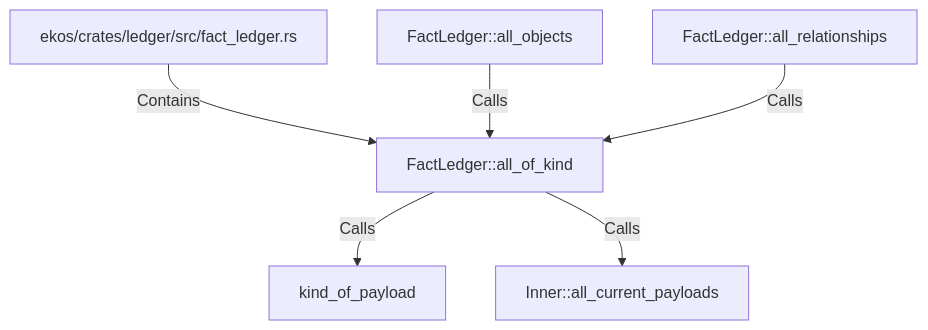
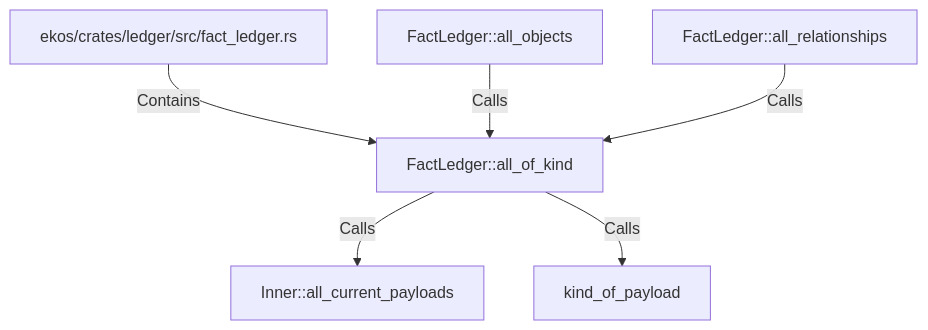
One commit to alexeyban/EKOS changed the diagram in doc/entities/rustsymbol/fa/factledger-all-of-kind.md. Above: the diagram before and after it, drawn with Mermaid. The commit also changed other lines of this file and 552 other files, not shown here.

````diff
--- a/doc/entities/rustsymbol/fa/factledger-all-of-kind.md
+++ b/doc/entities/rustsymbol/fa/factledger-all-of-kind.md
@@ -24,14 +24,14 @@
 ```mermaid
 graph TD
     n96be866306e050929271602b15b98872["FactLedger::all_of_kind"]
     neadcb59e818f5d1eaf87ff29aba11423["ekos/crates/ledger/src/fact_ledger.rs"]
     neadcb59e818f5d1eaf87ff29aba11423 -->|Contains| n96be866306e050929271602b15b98872
     n10d9bb5d983b571b80a4980eda139690["FactLedger::all_objects"]
     n10d9bb5d983b571b80a4980eda139690 -->|Calls| n96be866306e050929271602b15b98872
     n09e0491854985c948d69c84e67fef17d["FactLedger::all_relationships"]
     n09e0491854985c948d69c84e67fef17d -->|Calls| n96be866306e050929271602b15b98872
+    ncdae7ff9bb1c5b309d98ae096c1c521f["Inner::all_current_payloads"]
+    n96be866306e050929271602b15b98872 -->|Calls| ncdae7ff9bb1c5b309d98ae096c1c521f
     nabd8ce5ae66350cea42fe2c4a13c43fb["kind_of_payload"]
     n96be866306e050929271602b15b98872 -->|Calls| nabd8ce5ae66350cea42fe2c4a13c43fb
-    ncdae7ff9bb1c5b309d98ae096c1c521f["Inner::all_current_payloads"]
-    n96be866306e050929271602b15b98872 -->|Calls| ncdae7ff9bb1c5b309d98ae096c1c521f
 ```
````
